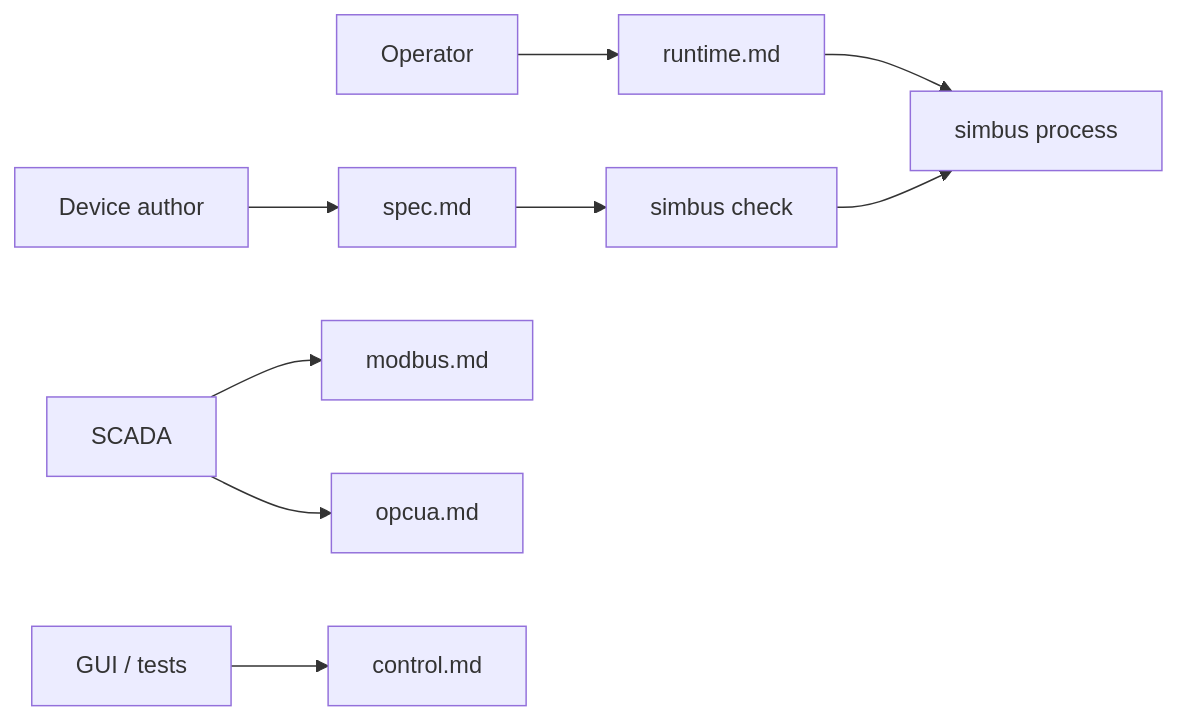
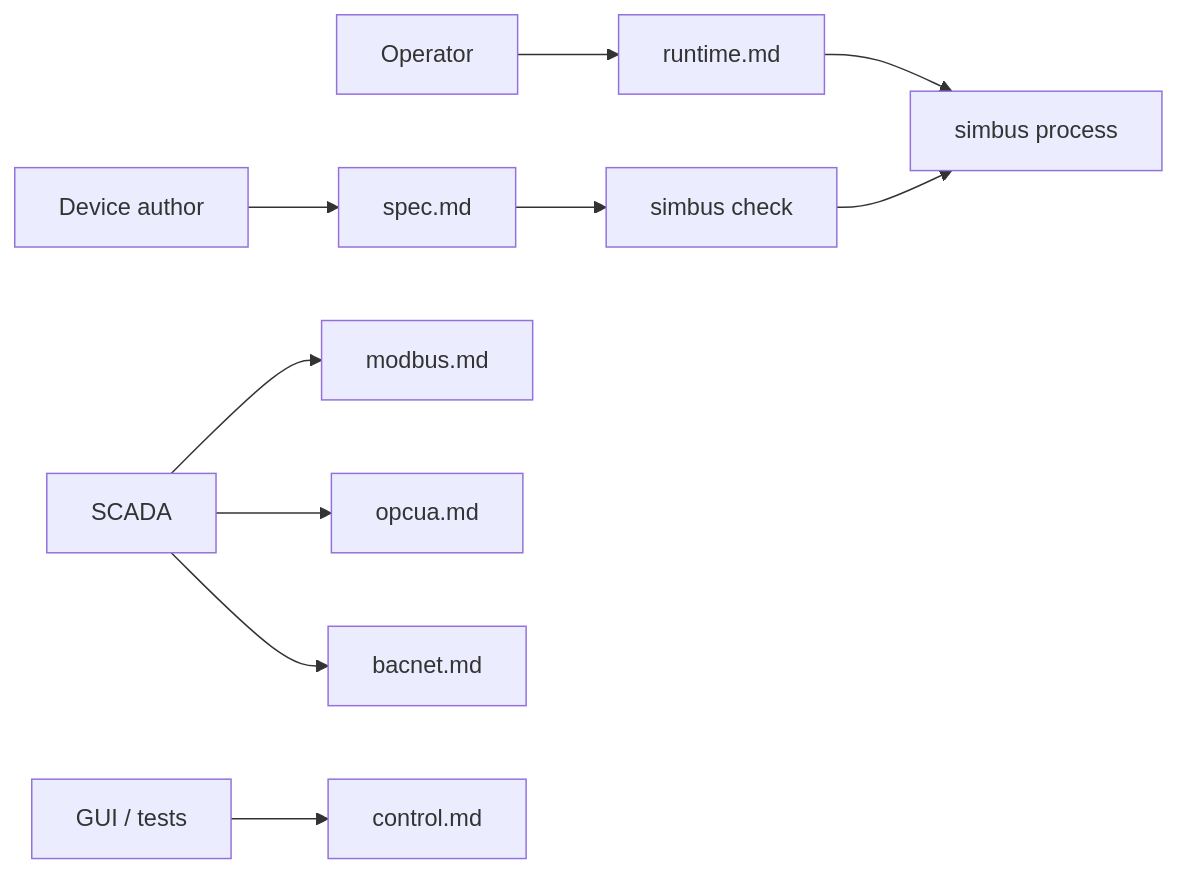
Before and after one commit to obsidia-systems/simbus: the diagram in docs/README.md, drawn with Mermaid. The commit also changed other lines of this file and 28 other files, not shown here.

````diff
--- a/docs/README.md
+++ b/docs/README.md
@@ -51,11 +52,12 @@
 ```mermaid
 flowchart LR
     author[Device author] --> spec[spec.md]
     operator[Operator] --> runtime[runtime.md]
     scada[SCADA] --> modbus[modbus.md]
     scada --> opcua[opcua.md]
+    scada --> bacnet[bacnet.md]
     gui[GUI / tests] --> control[control.md]
     spec --> check["simbus check"]
     runtime --> process[simbus process]
     check --> process
 ```
````
